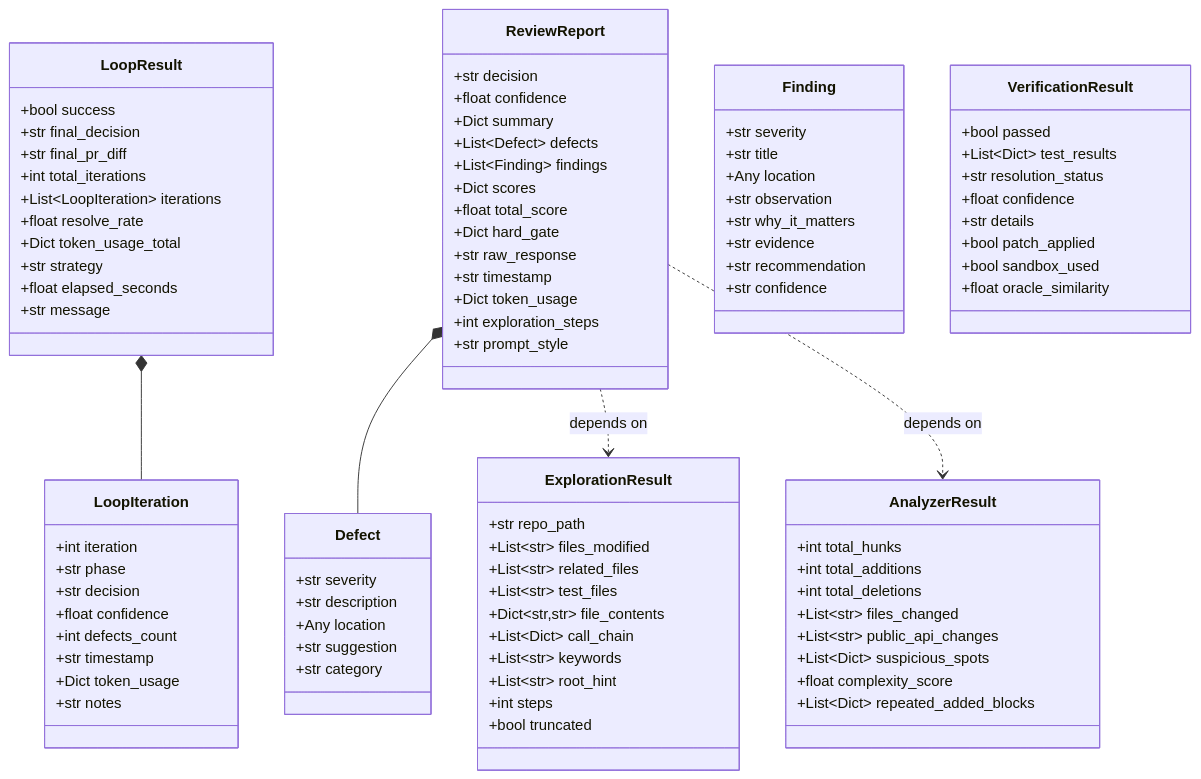
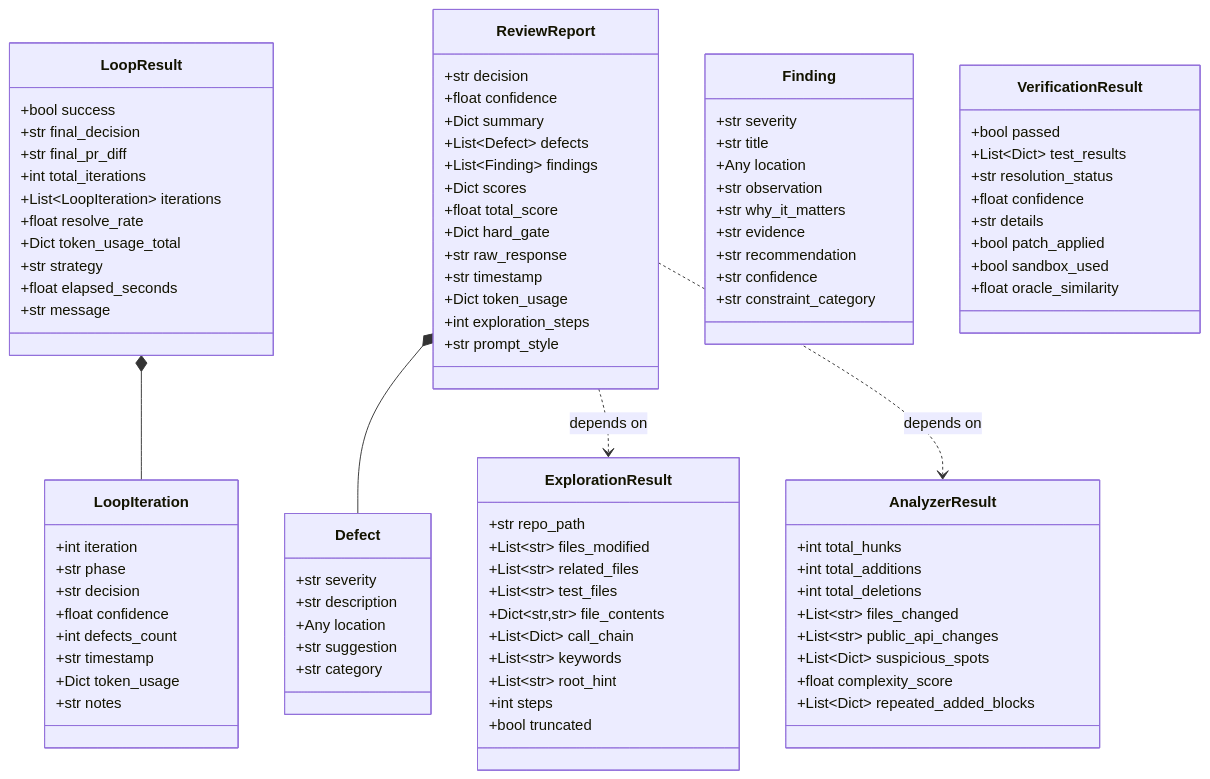
Before and after one commit to KevinZhangNothing/swe-review-plugin: the eighth of 14 diagrams in README.md, drawn with Mermaid. The commit also changed other lines of this file and 7 other files, not shown here.

```diff
--- a/README.md
+++ b/README.md
@@ -297,6 +309,7 @@
         +str evidence
         +str recommendation
         +str confidence
+        +str constraint_category
     }
 
     class Defect {
```
